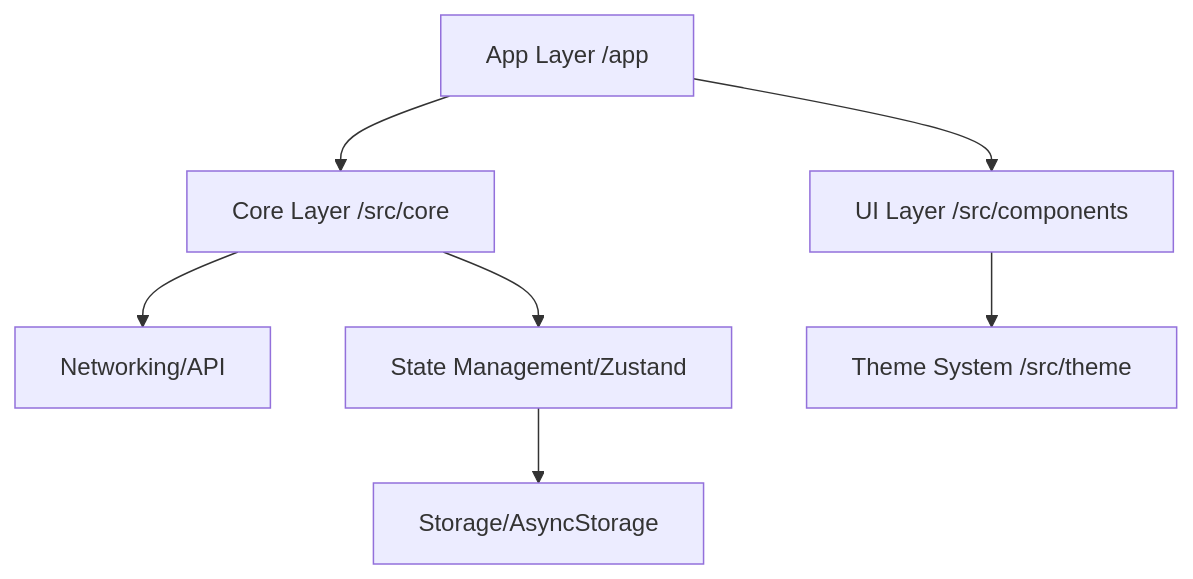
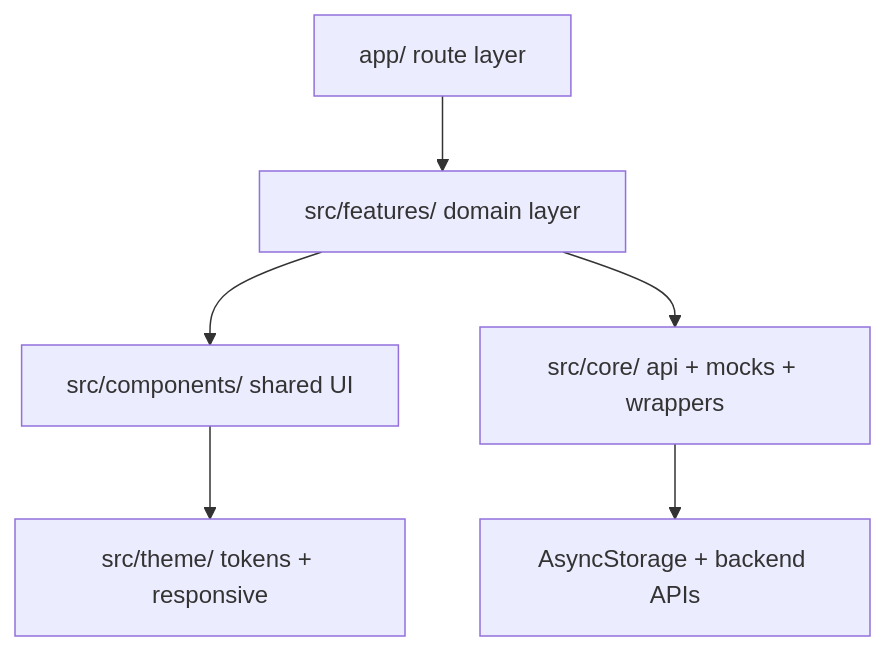
The diagram in docs/ARCHITECTURE.md (sociedu-tech/sociedu-mobile), drawn with Mermaid before and after one commit. The commit also changed other lines of this file and 10 other files, not shown here.

````diff
--- a/docs/ARCHITECTURE.md
+++ b/docs/ARCHITECTURE.md
@@ -54,9 +95,8 @@
 ```mermaid
 graph TD
-    A["App Layer /app"] --> B["Core Layer /src/core"]
-    A --> C["UI Layer /src/components"]
-    B --> D["Networking/API"]
-    B --> E["State Management/Zustand"]
-    C --> F["Theme System /src/theme"]
-    E --> G["Storage/AsyncStorage"]
+    A["app/ route layer"] --> B["src/features/ domain layer"]
+    B --> C["src/components/ shared UI"]
+    B --> D["src/core/ api + mocks + wrappers"]
+    C --> E["src/theme/ tokens + responsive"]
+    D --> F["AsyncStorage + backend APIs"]
 ```
````
